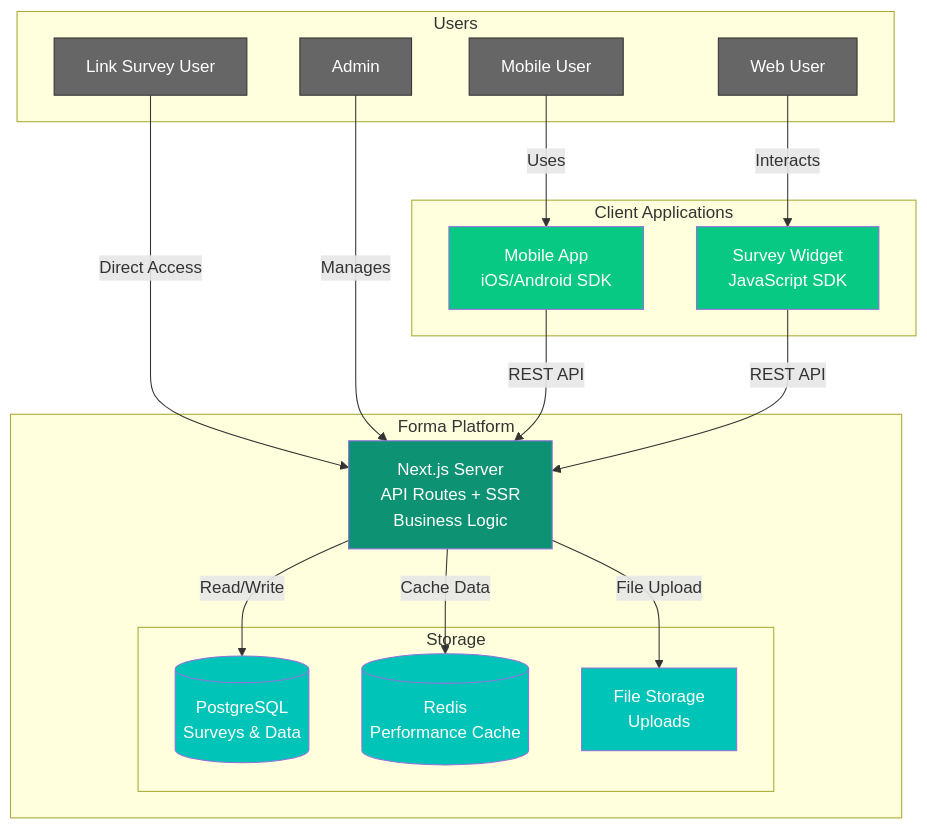
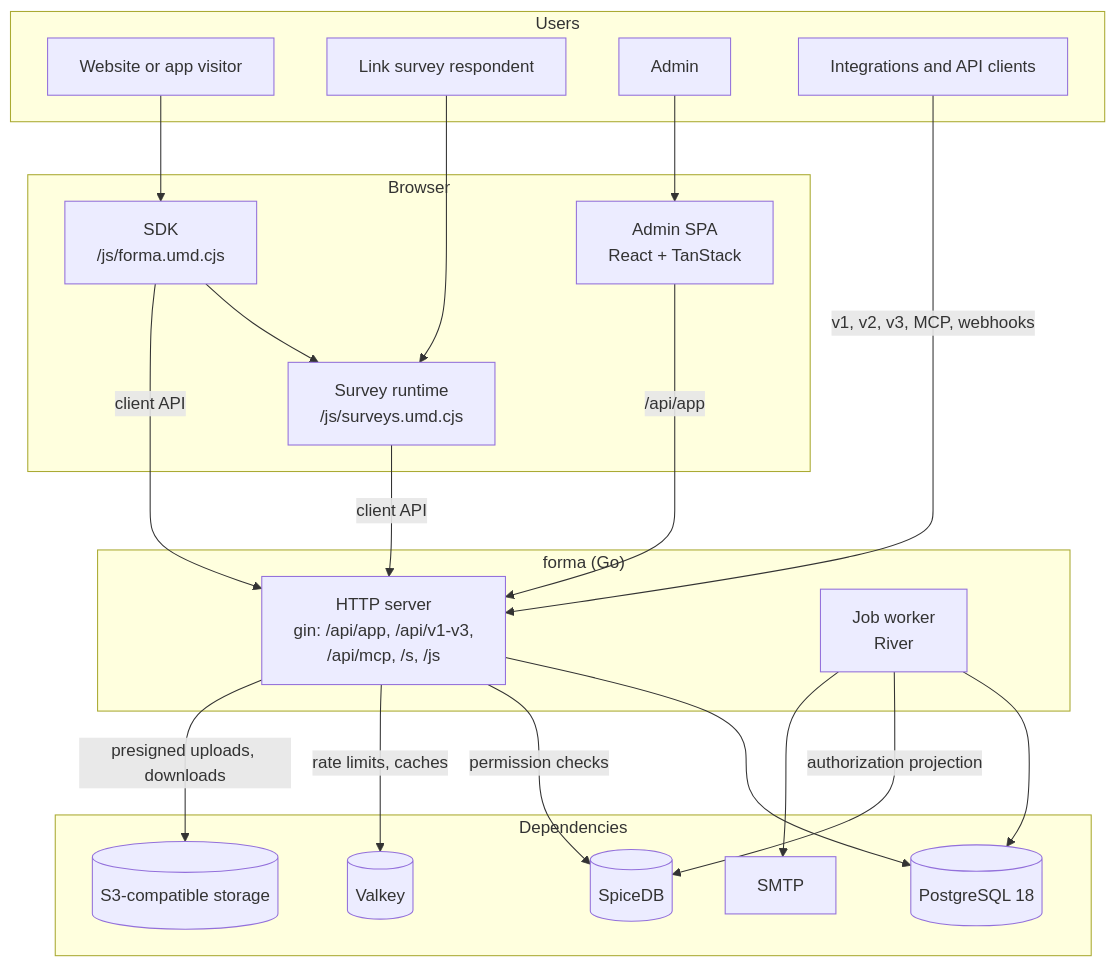
Before and after one commit to yldm-tech/forma: the diagram in docs/development/technical-handbook/overview.mdx, drawn with Mermaid. The commit also changed other lines of this file and 11 other files, not shown here.

Commit message:
docs(development): describe the Go server, Vite+ toolchain, goose schema, tests, seed and e2e

````diff
--- a/docs/development/technical-handbook/overview.mdx
+++ b/docs/development/technical-handbook/overview.mdx
@@ -13,46 +11,44 @@
 ```mermaid
 graph TD
     subgraph Users
-        MU[Mobile User]
-        WU[Web User]
-        LSU[Link Survey User]
+        WU[Website or app visitor]
+        LSU[Link survey respondent]
         AD[Admin]
+        INT[Integrations and API clients]
     end
 
-    subgraph Client Applications
-        MA[Mobile App\niOS/Android SDK]
-        SW[Survey Widget\nJavaScript SDK]
+    subgraph Browser
+        SDK[SDK\n/js/forma.umd.cjs]
+        RT[Survey runtime\n/js/surveys.umd.cjs]
+        SPA[Admin SPA\nReact + TanStack]
     end
 
-    subgraph Forma Platform
-        NS[Next.js Server\nAPI Routes + SSR\nBusiness Logic]
-
-        subgraph Storage
-            DB[(PostgreSQL\nSurveys & Data)]
-            RC[(Redis\nPerformance Cache)]
-            FS[File Storage\nUploads]
-        end
+    subgraph Forma["forma (Go)"]
+        HTTP[HTTP server\ngin: /api/app, /api/v1-v3,\n/api/mcp, /s, /js]
+        WK[Job worker\nRiver]
     end
 
-    MU --> |Uses| MA
-    WU --> |Interacts| SW
-    LSU --> |Direct Access| NS
-    AD --> |Manages| NS
+    subgraph Dependencies
+        DB[(PostgreSQL 18)]
+        SP[(SpiceDB)]
+        VK[(Valkey)]
+        S3[(S3-compatible storage)]
+        SMTP[SMTP]
+    end
 
-    MA --> |REST API| NS
-    SW --> |REST API| NS
+    WU --> SDK --> RT
+    LSU --> RT
+    AD --> SPA
+    SDK --> |client API| HTTP
+    RT --> |client API| HTTP
+    SPA --> |/api/app| HTTP
+    INT --> |v1, v2, v3, MCP, webhooks| HTTP
 
-    NS --> |Cache Data| RC
-    NS --> |Read/Write| DB
-    NS --> |File Upload| FS
-
-    style DB fill:#00C4B8,color:#ffffff
-    style RC fill:#00C4B8,color:#ffffff
-    style FS fill:#00C4B8,color:#ffffff
-    style NS fill:#0D9373,color:#ffffff
-    style MA fill:#07C983,color:#ffffff
-    style SW fill:#07C983,color:#ffffff
-
-    classDef user fill:#666,color:#fff,stroke:#333
-    class MU,WU,LSU,AD user
+    HTTP --> DB
+    HTTP --> |permission checks| SP
+    HTTP --> |rate limits, caches| VK
+    HTTP --> |presigned uploads, downloads| S3
+    WK --> DB
+    WK --> |authorization projection| SP
+    WK --> SMTP
 ```
````
